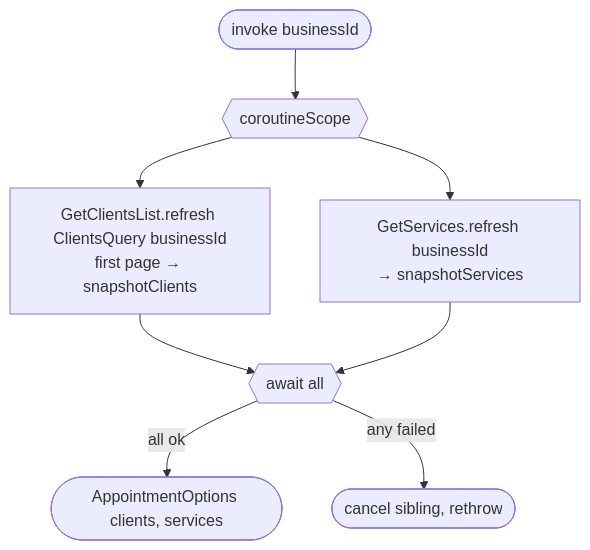
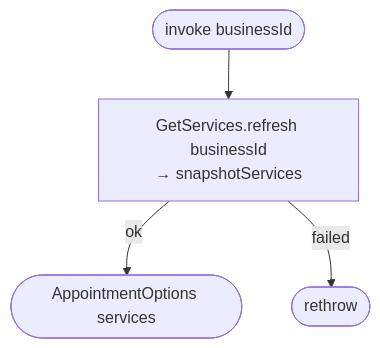
One commit to nocturneproperties/bookkme-client changed the diagram in docs/operations/appointments/get-appointment-options.md. Above: the diagram before and after it, drawn with Mermaid. The commit also changed other lines of this file and 52 other files, not shown here.

````diff
--- a/docs/operations/appointments/get-appointment-options.md
+++ b/docs/operations/appointments/get-appointment-options.md
@@ -14,10 +14,6 @@
 ```mermaid
 flowchart TD
-    Start([invoke businessId]) --> Fork{{coroutineScope}}
-    Fork --> C[GetClientsList.refresh ClientsQuery businessId<br/>first page → snapshotClients]
-    Fork --> S[GetServices.refresh businessId<br/>→ snapshotServices]
-    C --> Join{{await all}}
-    S --> Join
-    Join -- all ok --> R([AppointmentOptions clients, services])
-    Join -- any failed --> EX([cancel sibling, rethrow])
+    Start([invoke businessId]) --> S[GetServices.refresh businessId<br/>→ snapshotServices]
+    S -- ok --> R([AppointmentOptions services])
+    S -- failed --> EX([rethrow])
 ```
````
